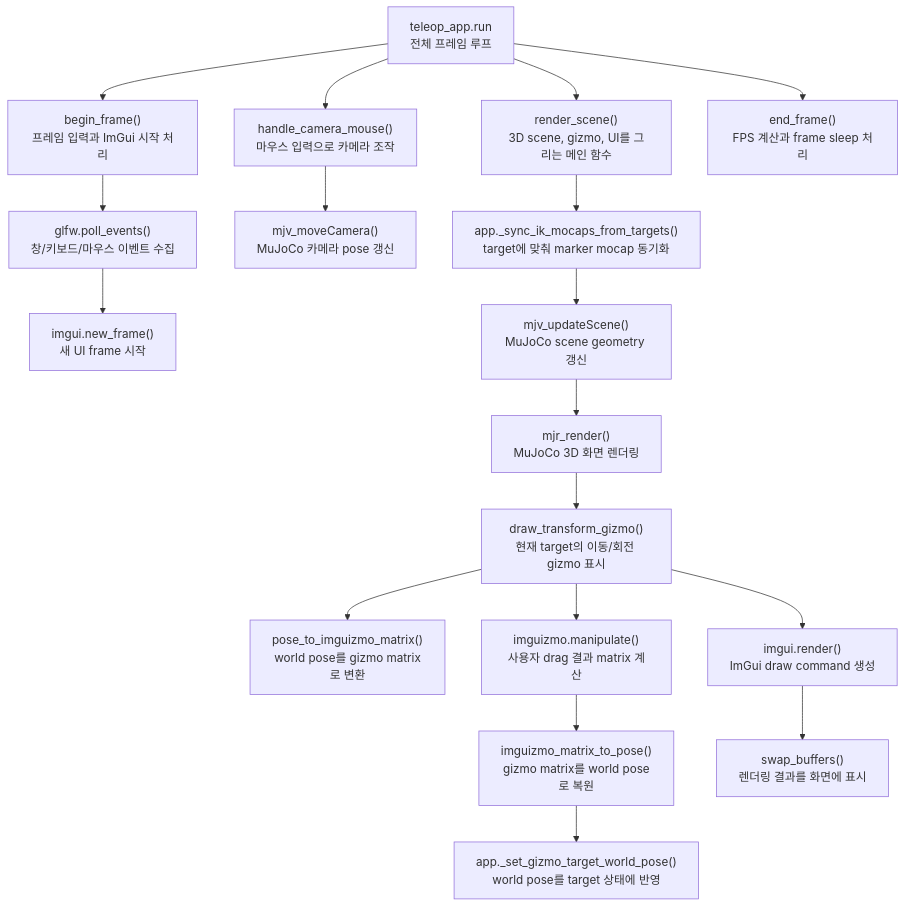
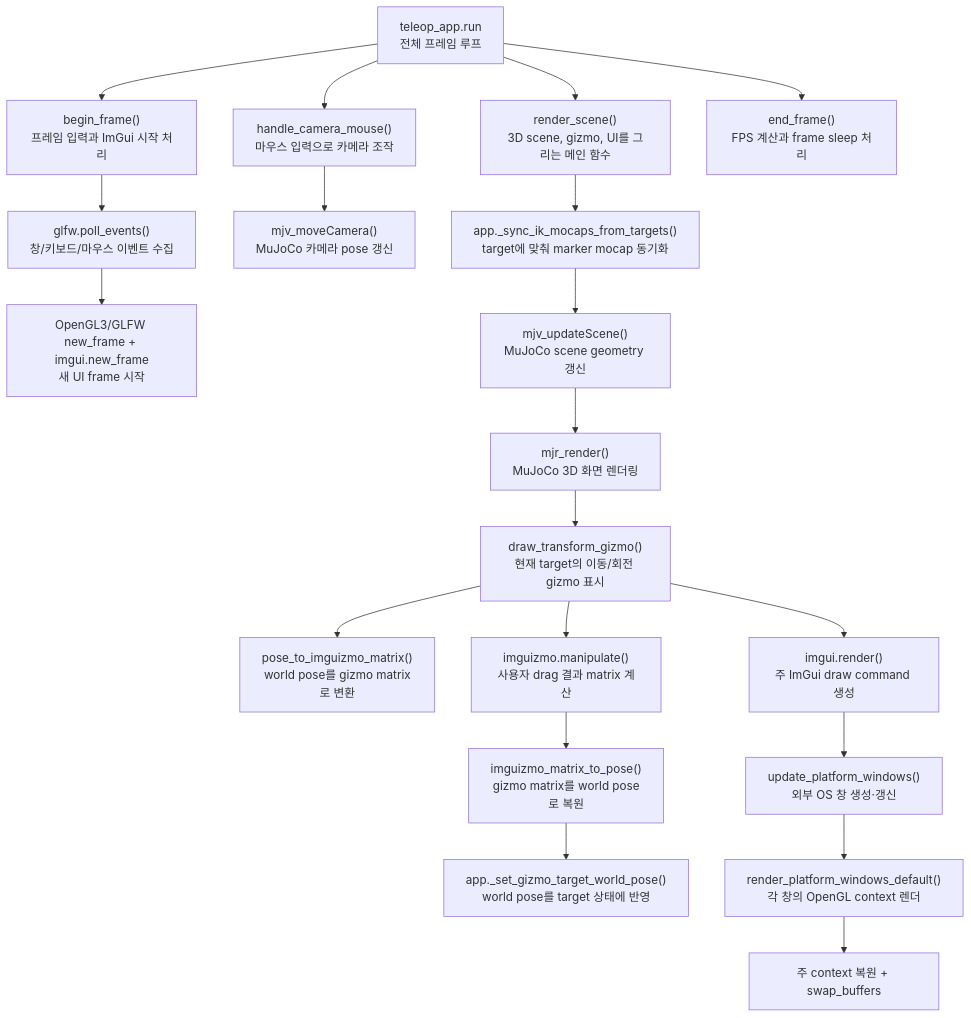
One commit to ggh-png/ffw-sh5-grasp changed the diagram in docs/guide/teleop_render.md. Above: the diagram before and after it, drawn with Mermaid. The commit also changed other lines of this file and 40 other files, not shown here.

````diff
--- a/docs/guide/teleop_render.md
+++ b/docs/guide/teleop_render.md
@@ -36,20 +36,22 @@
 ```mermaid
 flowchart TD
     A["teleop_app.run<br>전체 프레임 루프"] --> B["begin_frame()<br>프레임 입력과 ImGui 시작 처리"]
     B --> C["glfw.poll_events()<br>창/키보드/마우스 이벤트 수집"]
-    C --> D["imgui.new_frame()<br>새 UI frame 시작"]
+    C --> D["OpenGL3/GLFW new_frame + imgui.new_frame<br>새 UI frame 시작"]
     A --> E["handle_camera_mouse()<br>마우스 입력으로 카메라 조작"]
     E --> F["mjv_moveCamera()<br>MuJoCo 카메라 pose 갱신"]
     A --> G["render_scene()<br>3D scene, gizmo, UI를 그리는 메인 함수"]
     G --> H["app._sync_ik_mocaps_from_targets()<br>target에 맞춰 marker mocap 동기화"]
     H --> I["mjv_updateScene()<br>MuJoCo scene geometry 갱신"]
     I --> J["mjr_render()<br>MuJoCo 3D 화면 렌더링"]
     J --> K["draw_transform_gizmo()<br>현재 target의 이동/회전 gizmo 표시"]
     K --> L["pose_to_imguizmo_matrix()<br>world pose를 gizmo matrix로 변환"]
     K --> M["imguizmo.manipulate()<br>사용자 drag 결과 matrix 계산"]
     M --> N["imguizmo_matrix_to_pose()<br>gizmo matrix를 world pose로 복원"]
     N --> O["app._set_gizmo_target_world_pose()<br>world pose를 target 상태에 반영"]
-    K --> P["imgui.render()<br>ImGui draw command 생성"]
-    P --> Q["swap_buffers()<br>렌더링 결과를 화면에 표시"]
+    K --> P["imgui.render()<br>주 ImGui draw command 생성"]
+    P --> Q["update_platform_windows()<br>외부 OS 창 생성·갱신"]
+    Q --> S["render_platform_windows_default()<br>각 창의 OpenGL context 렌더"]
+    S --> T["주 context 복원 + swap_buffers"]
     A --> R["end_frame()<br>FPS 계산과 frame sleep 처리"]
 ```
````
